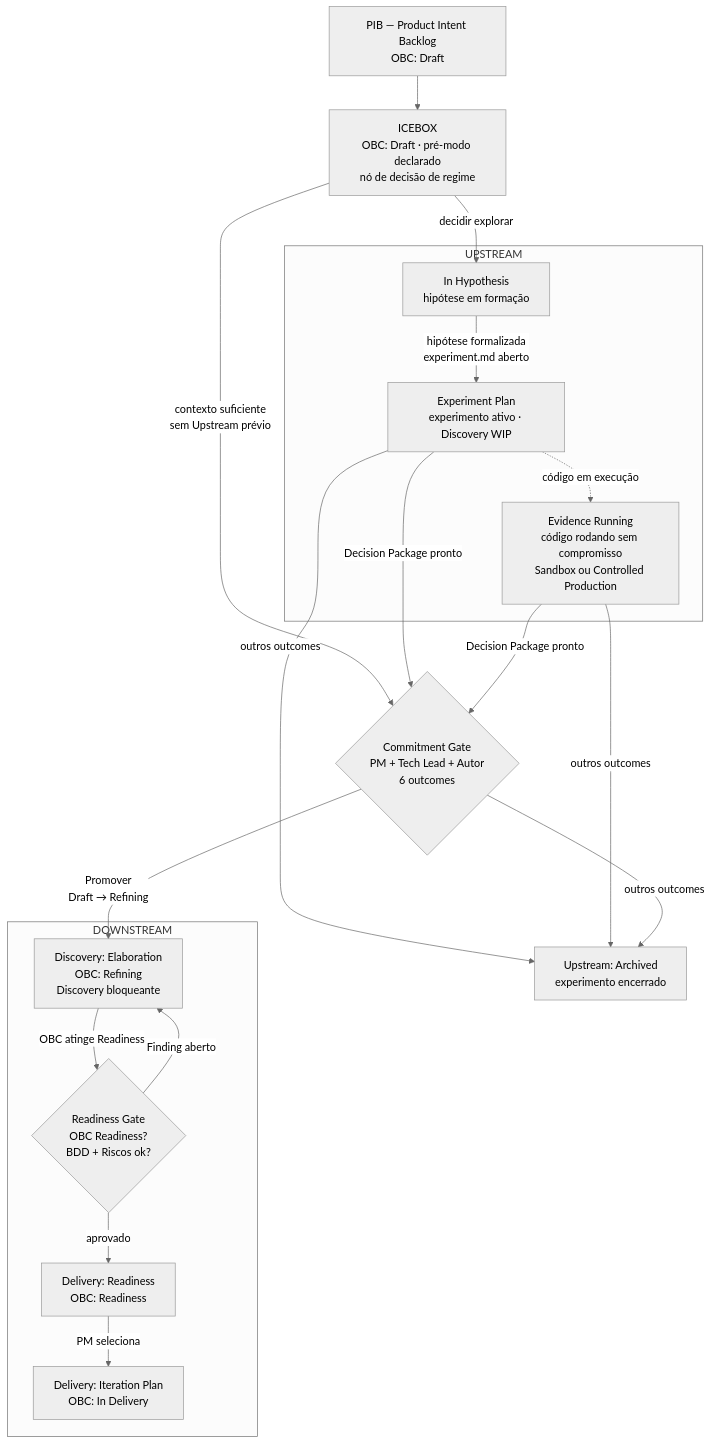
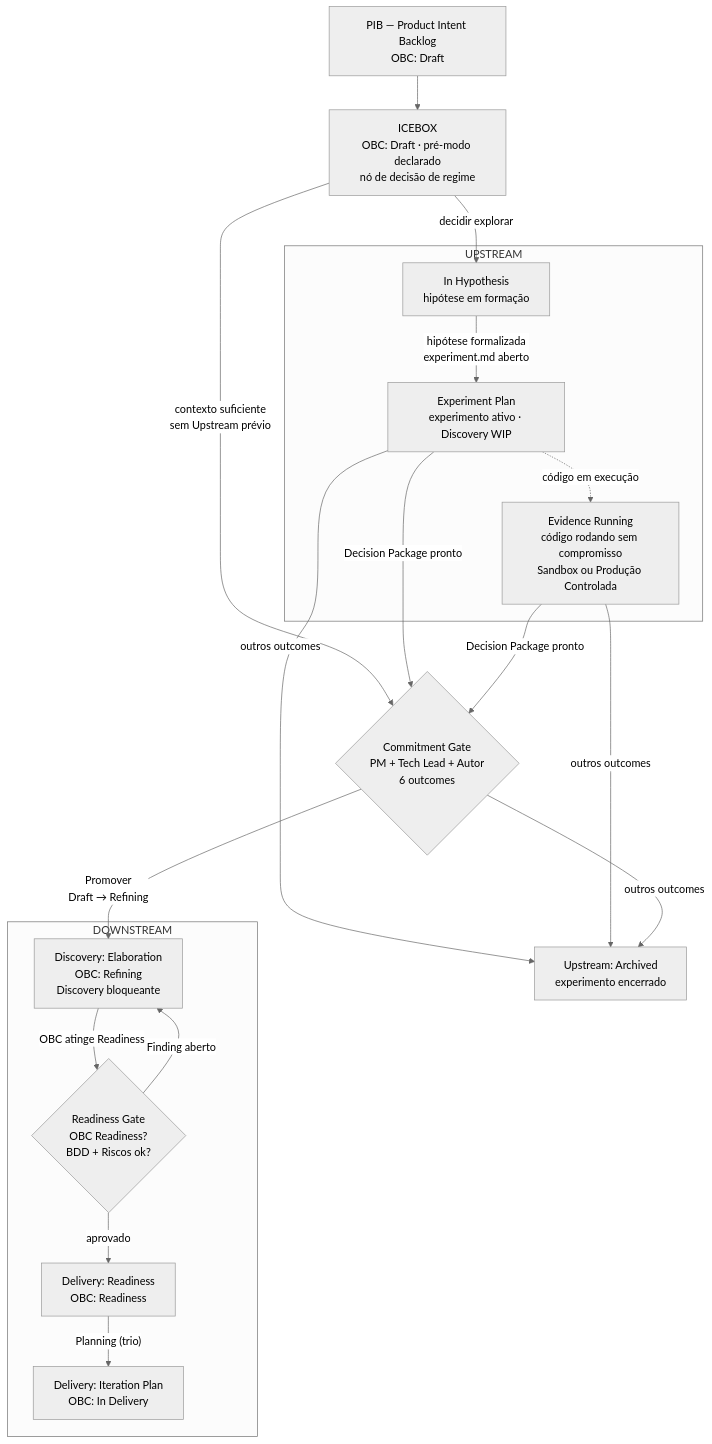
The third of 3 diagrams in capitulo-05.md (produtoreativo/from-intent-to-outcome), drawn with Mermaid (neutral theme) before and after one commit. The commit also changed other lines of this file and 2 other files, not shown here.

````diff
--- a/capitulo-05.md
+++ b/capitulo-05.md
@@ -153,40 +153,40 @@
 ```mermaid
 flowchart TD
     PIB["PIB — Product Intent Backlog\nOBC: Draft"]
     ICE["ICEBOX\nOBC: Draft · pré-modo declarado\nnó de decisão de regime"]
 
     subgraph UP["UPSTREAM"]
         UH["In Hypothesis\nhipótese em formação"]
         EP["Experiment Plan\nexperimento ativo · Discovery WIP"]
-        ER["Evidence Running\ncódigo rodando sem compromisso\nSandbox ou Controlled Production"]
+        ER["Evidence Running\ncódigo rodando sem compromisso\nSandbox ou Produção Controlada"]
     end
     UA["Upstream: Archived\nexperimento encerrado"]
 
     CG{"Commitment Gate\nPM + Tech Lead + Autor\n6 outcomes"}
 
     subgraph DS["DOWNSTREAM"]
         DE["Discovery: Elaboration\nOBC: Refining\nDiscovery bloqueante"]
         RG{"Readiness Gate\nOBC Readiness?\nBDD + Riscos ok?"}
         DRD["Delivery: Readiness\nOBC: Readiness"]
         DI["Delivery: Iteration Plan\nOBC: In Delivery"]
     end
 
     PIB --> ICE
     ICE -->|"decidir explorar"| UH
     ICE -->|"contexto suficiente\nsem Upstream prévio"| CG
 
     UH -->|"hipótese formalizada\nexperiment.md aberto"| EP
     EP -.->|"código em execução"| ER
     EP -->|"Decision Package pronto"| CG
     ER -->|"Decision Package pronto"| CG
     EP -->|"outros outcomes"| UA
     ER -->|"outros outcomes"| UA
 
     CG -->|"Promover\nDraft → Refining"| DE
     CG -->|"outros outcomes"| UA
 
     DE -->|"OBC atinge Readiness"| RG
     RG -->|"aprovado"| DRD
     RG -->|"Finding aberto"| DE
-    DRD -->|"PM seleciona"| DI
+    DRD -->|"Planning (trio)"| DI
 ```
````
